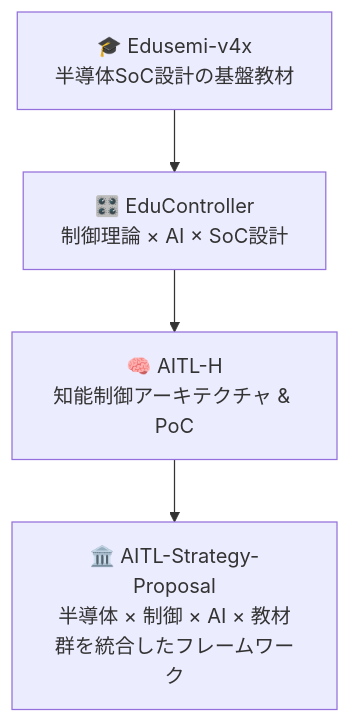
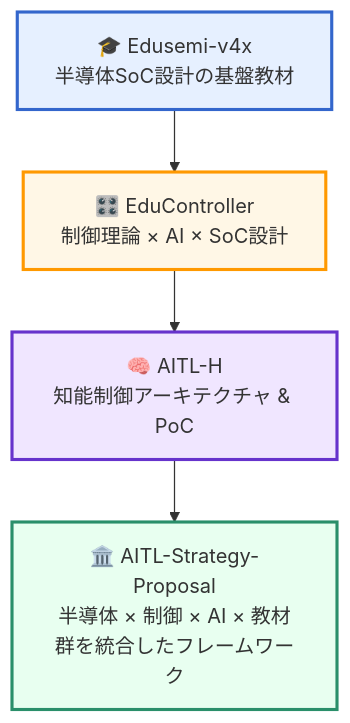
The diagram in index.md (Samizo-AITL/Samizo-AITL.github.io), drawn with Mermaid before and after one commit. The commit also changed other lines of this file, not shown here.

````diff
--- a/index.md
+++ b/index.md
@@ -89,7 +91,12 @@
-<div class="mermaid">
+```mermaid
 flowchart TD
     A[🎓 Edusemi-v4x<br/>半導体SoC設計の基盤教材]
-    --> B[🎛️ EduController<br/>制御理論 × AI × SoC設計]
-    --> C[🧠 AITL-H<br/>知能制御アーキテクチャ & PoC]
-    --> D[🏛️ AITL-Strategy-Proposal<br/>半導体 × 制御 × AI × 教材群を統合したフレームワーク]
-</div>
+        --> B[🎛️ EduController<br/>制御理論 × AI × SoC設計]
+        --> C[🧠 AITL-H<br/>知能制御アーキテクチャ & PoC]
+        --> D[🏛️ AITL-Strategy-Proposal<br/>半導体 × 制御 × AI × 教材群を統合したフレームワーク]
+
+    style A fill:#e6f0ff,stroke:#3366cc,stroke-width:2.5px
+    style B fill:#fff7e6,stroke:#ff9900,stroke-width:2.5px
+    style C fill:#f0e6ff,stroke:#6633cc,stroke-width:2.5px
+    style D fill:#e8fff0,stroke:#2a8f6a,stroke-width:2.5px
+```
````
